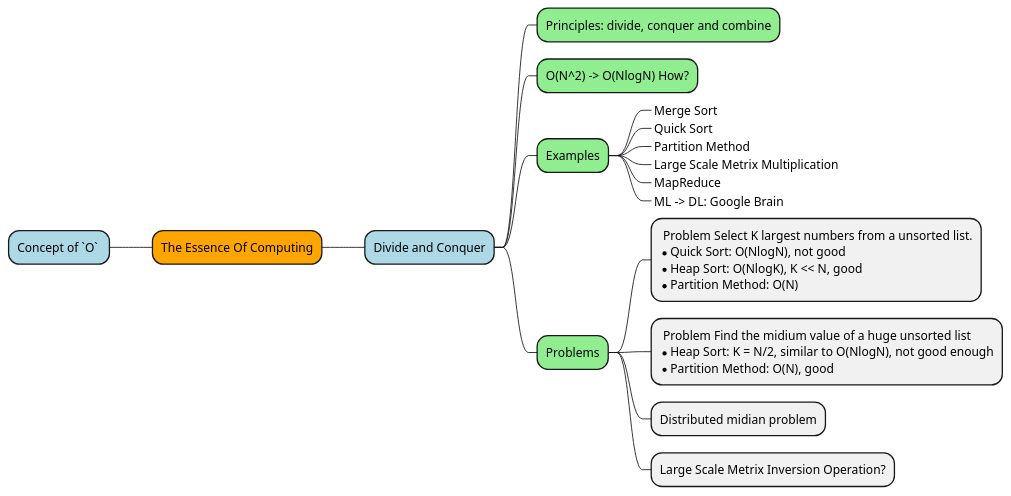
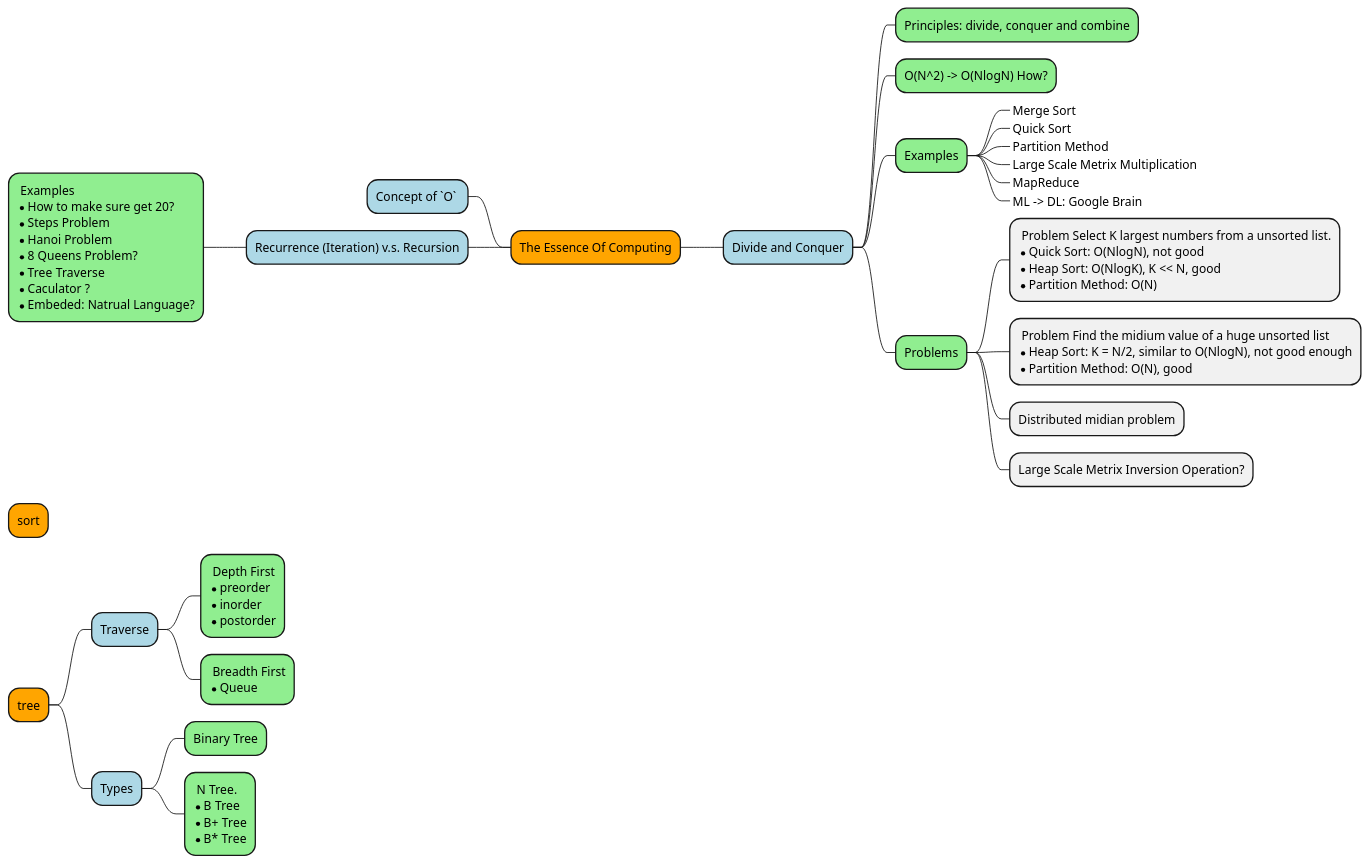
Before and after one commit to brofu/brofu.github.io: the diagram in 04-good_readings/02-tech_related/01-计算之魂.md, drawn with PlantUML.

Commit message:
add topics of tree

````diff
--- a/04-good_readings/02-tech_related/01-计算之魂.md
+++ b/04-good_readings/02-tech_related/01-计算之魂.md
@@ -4,30 +4,62 @@
 ```uml
 
 @startmindmap
 
 +[#orange] The Essence Of Computing
+
 --[#lightblue] Concept of `O` 
+
 ++[#lightblue] Divide and Conquer
 +++[#lightgreen] Principles: divide, conquer and combine
 ***[#lightgreen] O(N^2) -> O(NlogN) How?
 +++[#lightgreen] Examples
 ++++_ Merge Sort
 ++++_ Quick Sort
 ++++_ Partition Method
 ++++_ Large Scale Metrix Multiplication
 ++++_ MapReduce
 ++++_ ML -> DL: Google Brain
 +++[#lightgreen] Problems
 ****: Problem Select K largest numbers from a unsorted list.
 *   Quick Sort: O(NlogN), not good
 *   Heap Sort: O(NlogK), K << N, good
 *   Partition Method: O(N);
 ****: Problem Find the midium value of a huge unsorted list
 *   Heap Sort: K = N/2, similar to O(NlogN), not good enough
 *   Partition Method: O(N), good;
 **** Distributed midian problem
 **** Large Scale Metrix Inversion Operation?
 
+left side
+**[#lightblue] Recurrence (Iteration) v.s. Recursion
+***[#lightgreen]: Examples
+* How to make sure get 20?
+* Steps Problem
+* Hanoi Problem
+* 8 Queens Problem?
+* Tree Traverse
+* Caculator ?
+* Embeded: Natrual Language?;
+
++[#orange] sort
+
++[#orange] tree
+right side
+**[#lightblue] Traverse
+***[#lightgreen]: Depth First
+*   preorder
+*   inorder
+*   postorder;
+***[#lightgreen]: Breadth First
+*   Queue;
+
+**[#lightblue] Types
+***[#lightgreen] Binary Tree
+***[#lightgreen]: N Tree. 
+*   B Tree
+*   B+ Tree
+*   B* Tree;
+
 @endmindmap
 
 ```
````
